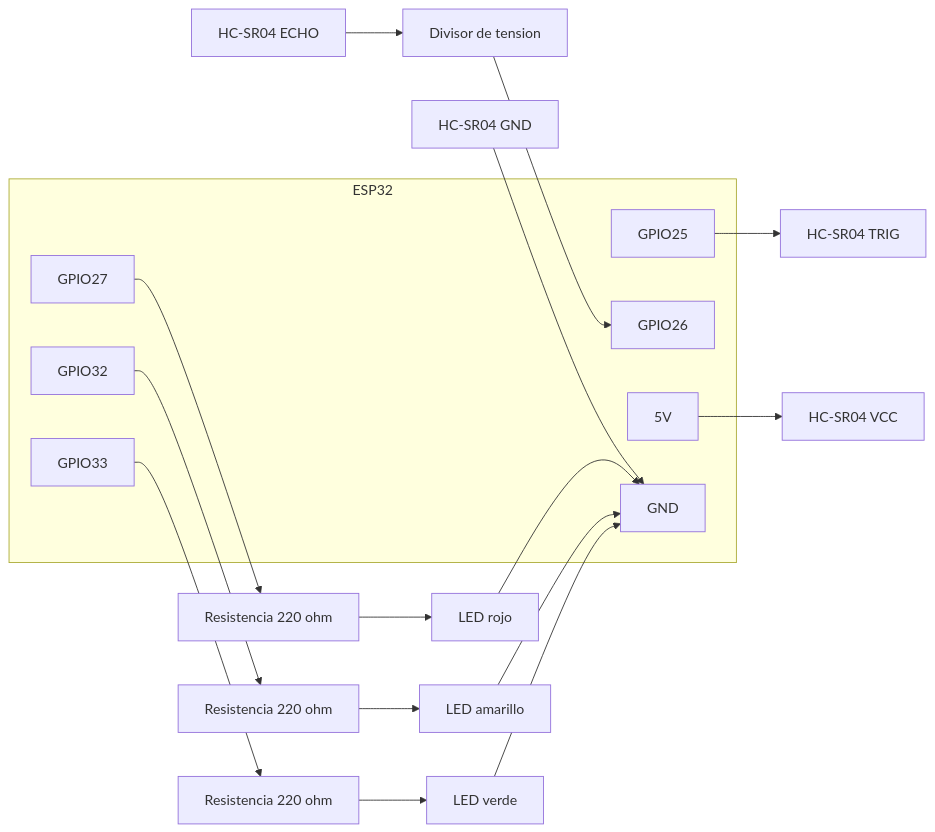
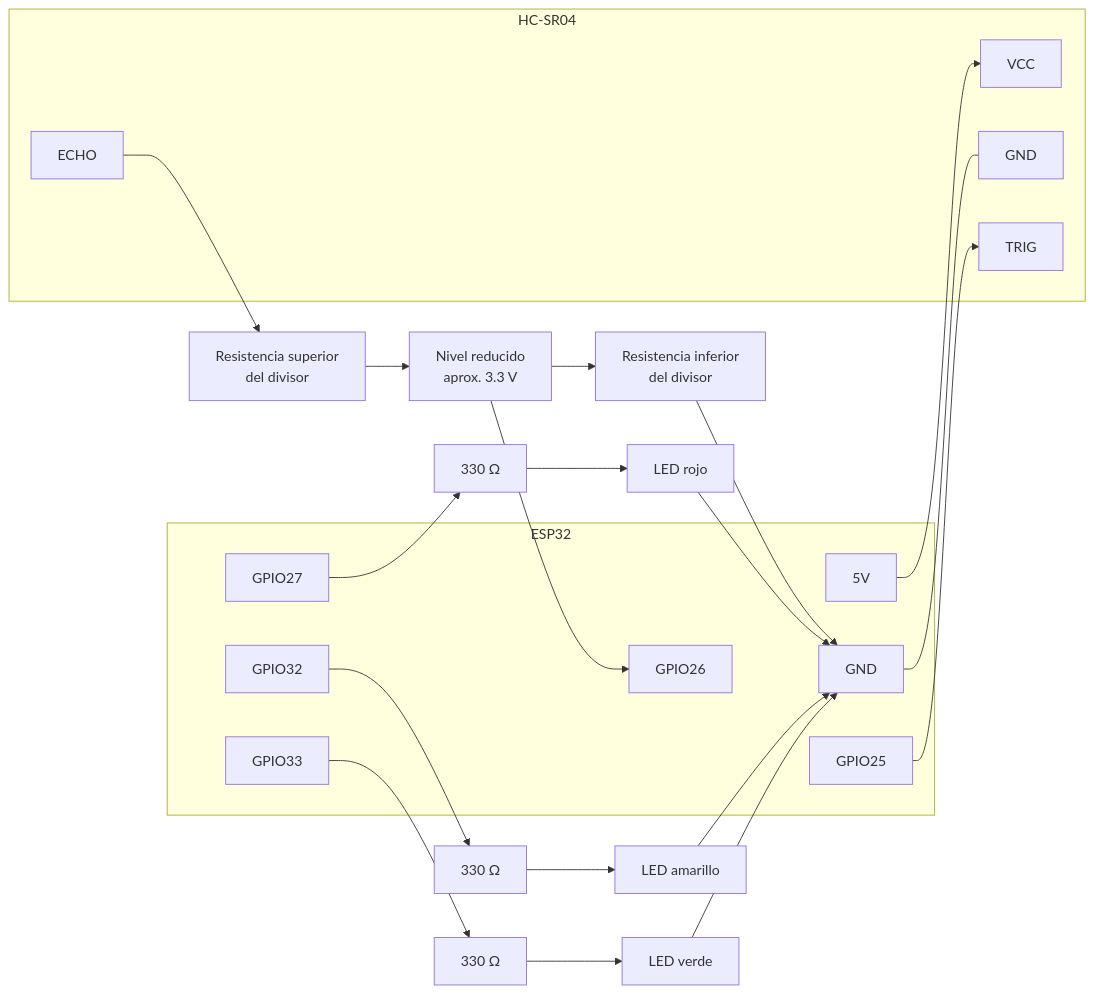
Before and after one commit to Ruben-Cordero/IoT-LEDs: the second of 5 diagrams in doc/informe.md, drawn with Mermaid. The commit also changed other lines of this file and 1 other file, not shown here.

````diff
--- a/doc/informe.md
+++ b/doc/informe.md
@@ -130,34 +121,40 @@
-```mermaid
+~~~mermaid
 flowchart LR
-    subgraph ESP32PINS["ESP32"]
+    subgraph ESP["ESP32"]
+        V5["5V"]
+        GND["GND"]
         P25["GPIO25"]
         P26["GPIO26"]
         P27["GPIO27"]
         P32["GPIO32"]
         P33["GPIO33"]
-        V5["5V"]
-        GND["GND"]
     end
 
-    HVCC["HC-SR04 VCC"]
-    HTRIG["HC-SR04 TRIG"]
-    HECHO["HC-SR04 ECHO"]
-    HGND["HC-SR04 GND"]
-    DIV["Divisor de tension"]
+    subgraph US["HC-SR04"]
+        VCC["VCC"]
+        TRIG["TRIG"]
+        ECHO["ECHO"]
+        SGND["GND"]
+    end
 
-    LEDR["LED rojo"]
-    LEDA["LED amarillo"]
-    LEDV["LED verde"]
-    R1["Resistencia 220 ohm"]
-    R2["Resistencia 220 ohm"]
-    R3["Resistencia 220 ohm"]
+    RUP["Resistencia superior<br/>del divisor"]
+    NODE["Nivel reducido<br/>aprox. 3.3 V"]
+    RDOWN["Resistencia inferior<br/>del divisor"]
 
-    V5 --> HVCC
-    P25 --> HTRIG
-    HECHO --> DIV --> P26
-    HGND --> GND
+    RR["330 Ω"]
+    RA["330 Ω"]
+    RV["330 Ω"]
+    LR["LED rojo"]
+    LA["LED amarillo"]
+    LV["LED verde"]
 
-    P27 --> R1 --> LEDR --> GND
-    P32 --> R2 --> LEDA --> GND
-    P33 --> R3 --> LEDV --> GND
-```
+    V5 --> VCC
+    GND --- SGND
+    P25 --> TRIG
+    ECHO --> RUP --> NODE --> P26
+    NODE --> RDOWN --> GND
+
+    P27 --> RR --> LR --> GND
+    P32 --> RA --> LA --> GND
+    P33 --> RV --> LV --> GND
+~~~
````
